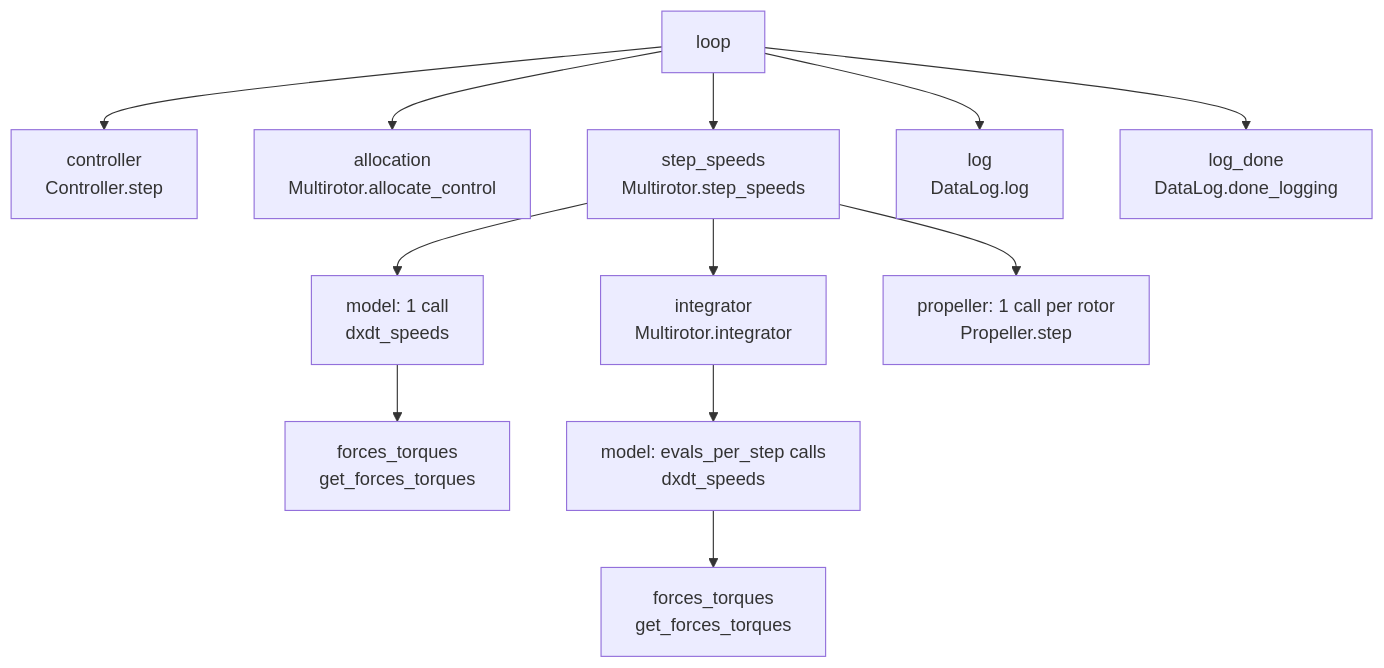
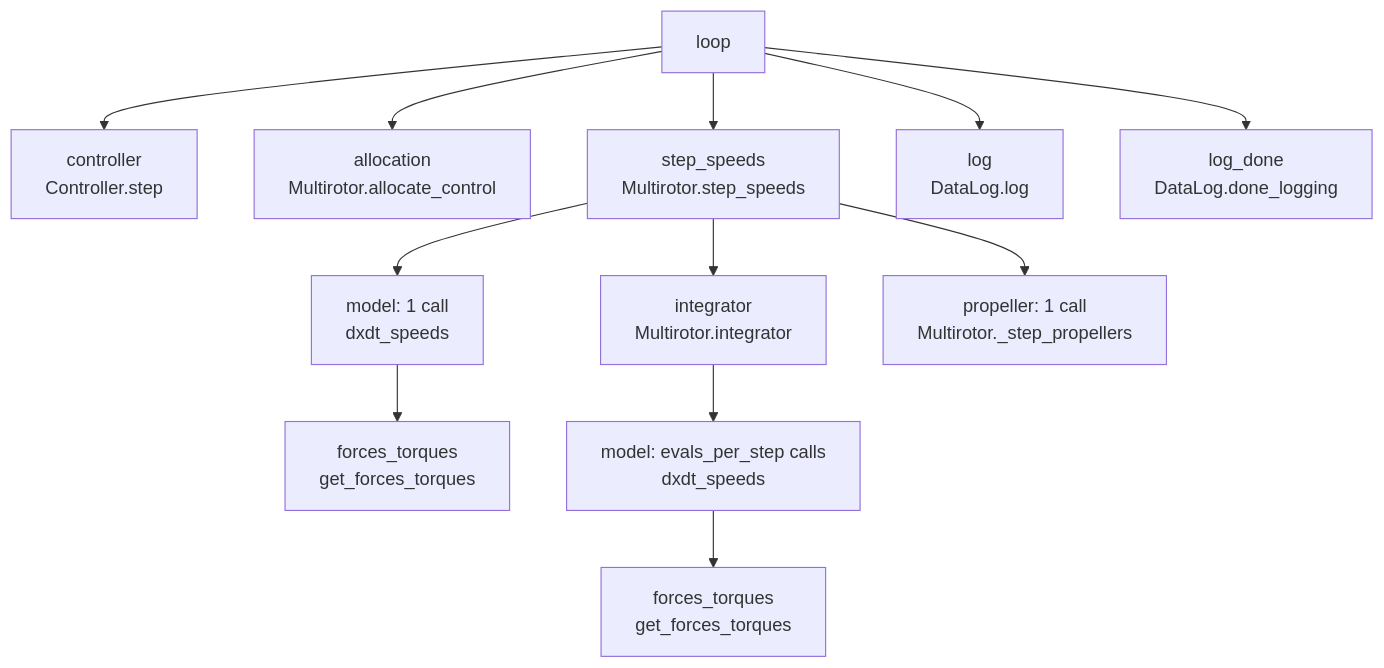
Before and after one commit to hazrmard/multirotor: the third of 4 diagrams in scripts/benchmarks/README.md, drawn with Mermaid. The commit also changed other lines of this file and 38 other files, not shown here.

````diff
--- a/scripts/benchmarks/README.md
+++ b/scripts/benchmarks/README.md
@@ -51,14 +51,14 @@
 ```mermaid
 flowchart TD
     loop["loop"] --> controller["controller<br/>Controller.step"]
     loop --> allocation["allocation<br/>Multirotor.allocate_control"]
     loop --> step["step_speeds<br/>Multirotor.step_speeds"]
     loop --> log["log<br/>DataLog.log"]
     loop --> logdone["log_done<br/>DataLog.done_logging"]
     step --> m1["model: 1 call<br/>dxdt_speeds"]
     step --> integ["integrator<br/>Multirotor.integrator"]
-    step --> prop["propeller: 1 call per rotor<br/>Propeller.step"]
+    step --> prop["propeller: 1 call<br/>Multirotor._step_propellers"]
     m1 --> ft1["forces_torques<br/>get_forces_torques"]
     integ --> m2["model: evals_per_step calls<br/>dxdt_speeds"]
     m2 --> ft2["forces_torques<br/>get_forces_torques"]
 ```
````
